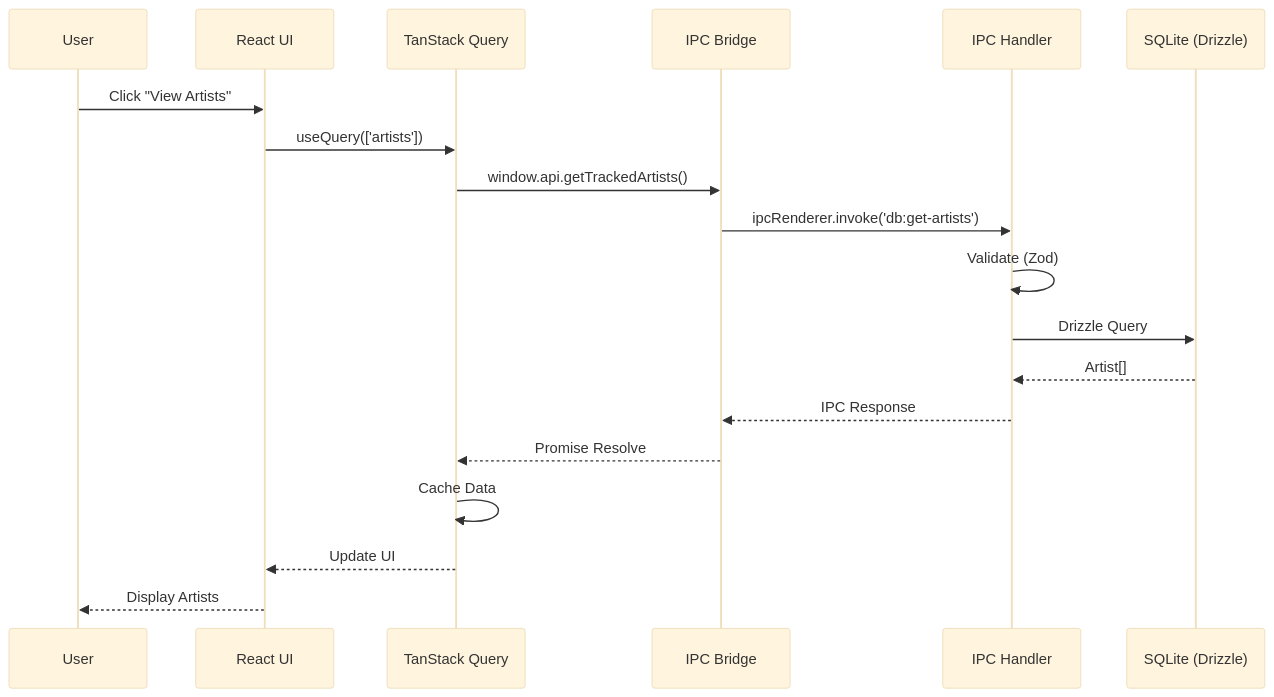
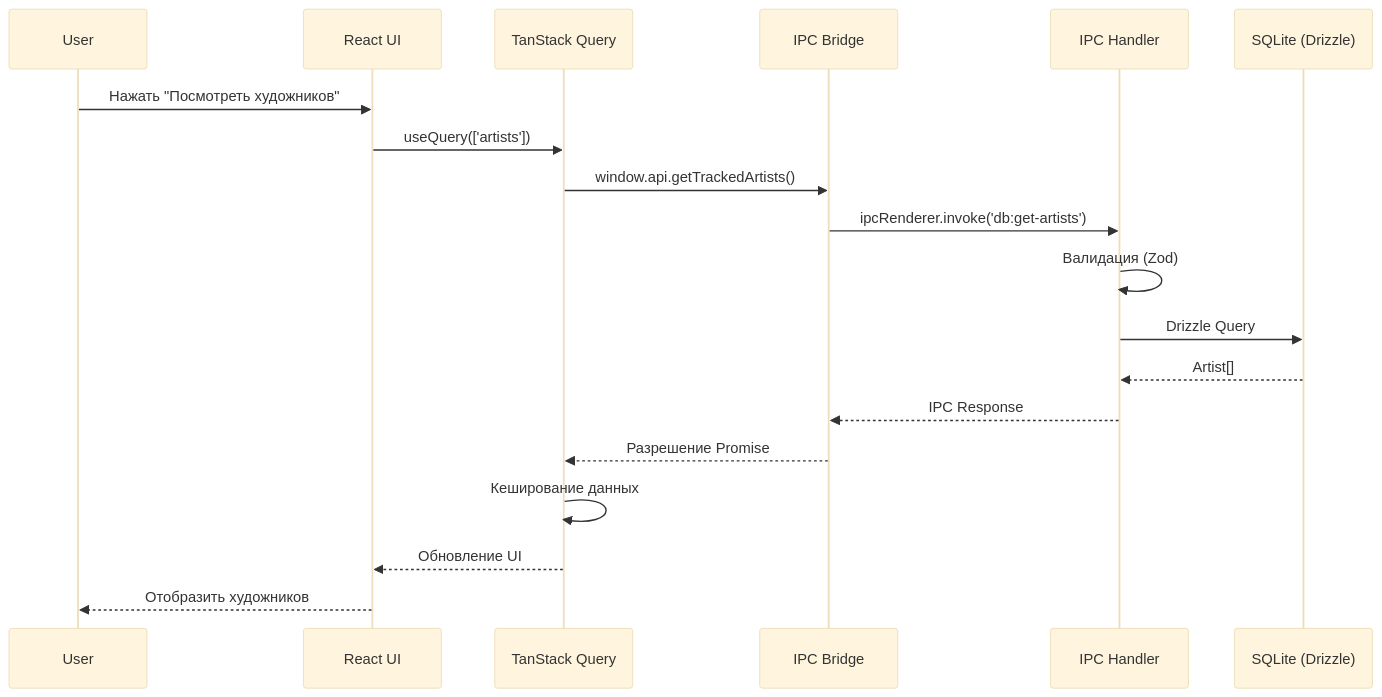
The seventh of 11 diagrams in .docs-i18n/ru/docs/architecture.md (KazeKaze93/RuleDesk), drawn with Mermaid (base theme) before and after one commit. The commit also changed other lines of this file and 10 other files, not shown here.

````diff
--- a/.docs-i18n/ru/docs/architecture.md
+++ b/.docs-i18n/ru/docs/architecture.md
@@ -819,22 +841,22 @@
 ```mermaid
 sequenceDiagram
     participant User
     participant ReactUI as React UI
     participant ReactQuery as TanStack Query
     participant Bridge as IPC Bridge
     participant IPC as IPC Handler
     participant DB as SQLite (Drizzle)
 
-    User->>ReactUI: Click "View Artists"
+    User->>ReactUI: Нажать "Посмотреть художников"
     ReactUI->>ReactQuery: useQuery(['artists'])
     ReactQuery->>Bridge: window.api.getTrackedArtists()
     Bridge->>IPC: ipcRenderer.invoke('db:get-artists')
-    IPC->>IPC: Validate (Zod)
+    IPC->>IPC: Валидация (Zod)
     IPC->>DB: Drizzle Query
     DB-->>IPC: Artist[]
     IPC-->>Bridge: IPC Response
-    Bridge-->>ReactQuery: Promise Resolve
-    ReactQuery->>ReactQuery: Cache Data
-    ReactQuery-->>ReactUI: Update UI
-    ReactUI-->>User: Display Artists
+    Bridge-->>ReactQuery: Разрешение Promise
+    ReactQuery->>ReactQuery: Кеширование данных
+    ReactQuery-->>ReactUI: Обновление UI
+    ReactUI-->>User: Отобразить художников
 ```
````
